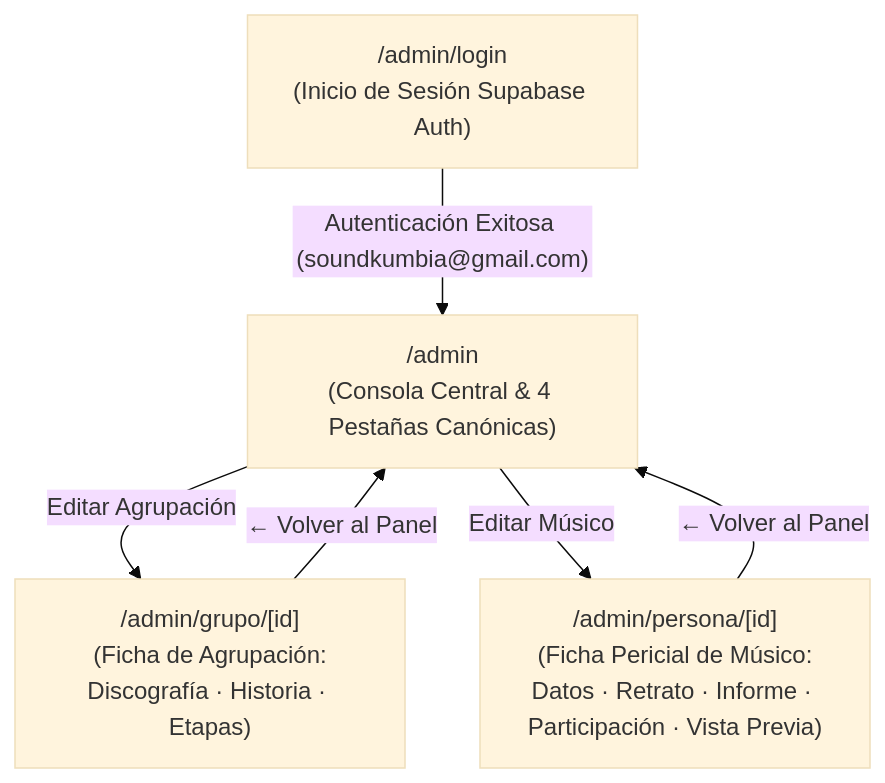
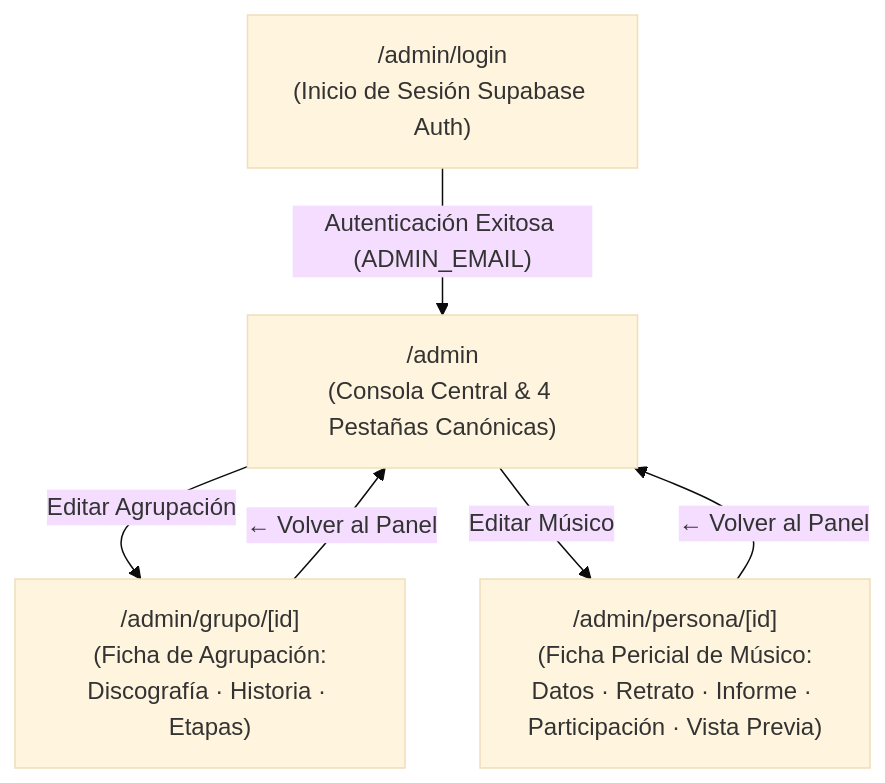
The first of 2 diagrams in docs/04-diseno/panel-admin.md (JorgeJordyJaimes/cumbia-peruana), drawn with Mermaid (base theme) before and after one commit. The commit also changed other lines of this file and 93 other files, not shown here.

````diff
--- a/docs/04-diseno/panel-admin.md
+++ b/docs/04-diseno/panel-admin.md
@@ -24,13 +24,13 @@
 ```mermaid
 flowchart TD
     Login["/admin/login\n(Inicio de Sesión Supabase Auth)"]
     Admin["/admin\n(Consola Central & 4 Pestañas Canónicas)"]
     GrupoDetail["/admin/grupo/[id]\n(Ficha de Agrupación:\nDiscografía · Historia · Etapas)"]
     PersonaDetail["/admin/persona/[id]\n(Ficha Pericial de Músico:\nDatos · Retrato · Informe · Participación · Vista Previa)"]
 
-    Login -->|"Autenticación Exitosa (soundkumbia@gmail.com)"| Admin
+    Login -->|"Autenticación Exitosa (ADMIN_EMAIL)"| Admin
     Admin -->|"Editar Agrupación"| GrupoDetail
     Admin -->|"Editar Músico"| PersonaDetail
     GrupoDetail -->|"← Volver al Panel"| Admin
     PersonaDetail -->|"← Volver al Panel"| Admin
 ```
````
